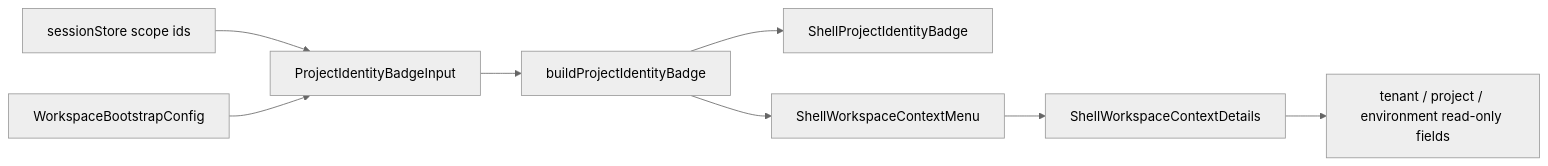
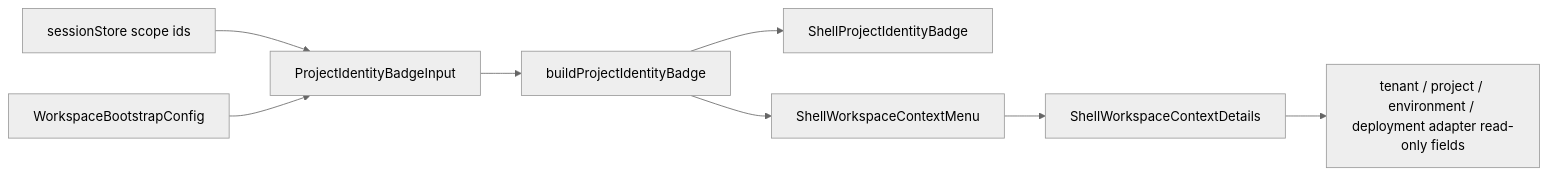
The second of 3 diagrams in docs/architecture/components/web/appshell/shell-workspace-context-component.md (dunay2/dvt), drawn with Mermaid (neutral theme) before and after one commit. The commit also changed other lines of this file and 33 other files, not shown here.

````diff
--- a/docs/architecture/components/web/appshell/shell-workspace-context-component.md
+++ b/docs/architecture/components/web/appshell/shell-workspace-context-component.md
@@ -87,10 +87,10 @@
 ```mermaid
 flowchart LR
   Store["sessionStore scope ids"] --> Input["ProjectIdentityBadgeInput"]
   Bootstrap["WorkspaceBootstrapConfig"] --> Input
   Input --> Projection["buildProjectIdentityBadge"]
   Projection --> Badge["ShellProjectIdentityBadge"]
   Projection --> Menu["ShellWorkspaceContextMenu"]
   Menu --> Details["ShellWorkspaceContextDetails"]
-  Details --> Fields["tenant / project / environment read-only fields"]
+  Details --> Fields["tenant / project / environment / deployment adapter read-only fields"]
 ```
````
